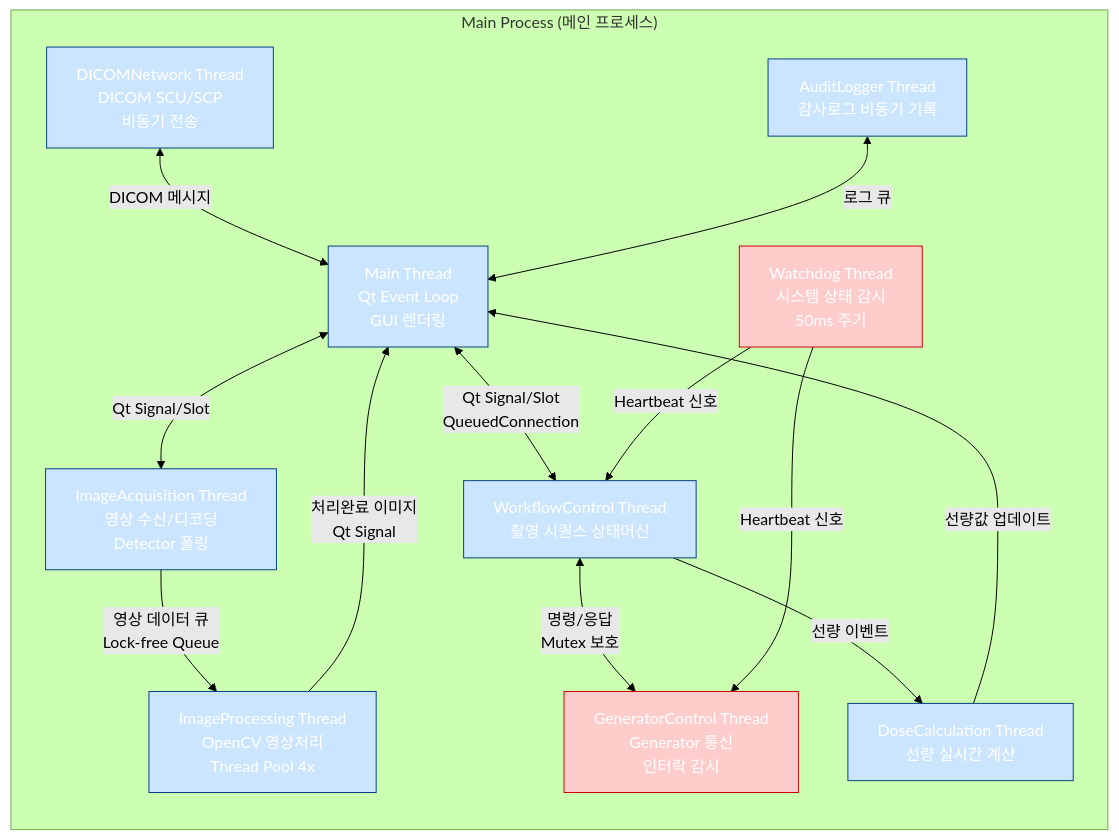
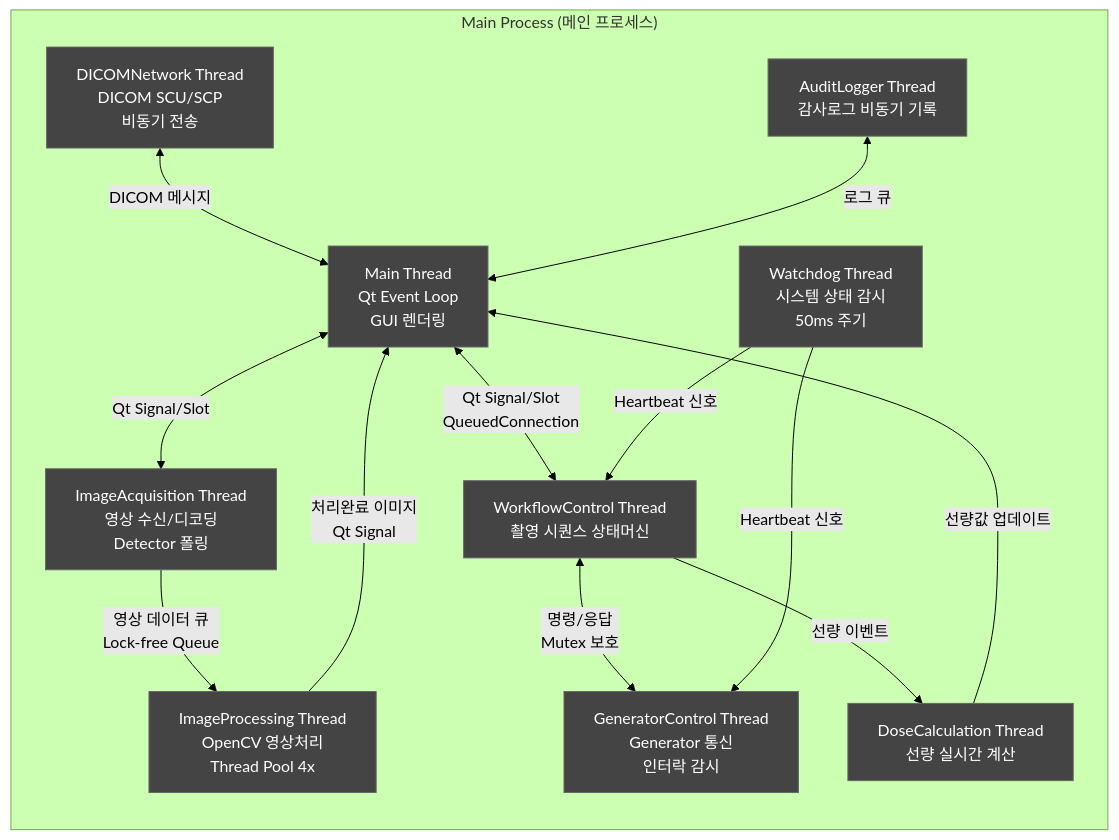
Before and after one commit to holee9/console-gui: the third of 14 diagrams in docs/planning/DOC-006_SAD_v1.0.md, drawn with Mermaid (forest theme). The commit also changed other lines of this file and 35 other files, not shown here.

First line of the commit message:
fix: 전체 Mermaid 차트 색상 진한 회색 통일

````diff
--- a/docs/planning/DOC-006_SAD_v1.0.md
+++ b/docs/planning/DOC-006_SAD_v1.0.md
@@ -224,31 +224,31 @@
 ```mermaid
 graph LR
     subgraph "Main Process (메인 프로세스)"
         MT[Main Thread<br/>Qt Event Loop<br/>GUI 렌더링]
         WT1[WorkflowControl Thread<br/>촬영 시퀀스 상태머신]
         WT2[ImageAcquisition Thread<br/>영상 수신/디코딩<br/>Detector 폴링]
         WT3[ImageProcessing Thread<br/>OpenCV 영상처리<br/>Thread Pool 4x]
         WT4[DICOMNetwork Thread<br/>DICOM SCU/SCP<br/>비동기 전송]
         WT5[GeneratorControl Thread<br/>Generator 통신<br/>인터락 감시]
         WT6[DoseCalculation Thread<br/>선량 실시간 계산]
         WT7[AuditLogger Thread<br/>감사로그 비동기 기록]
         WT8[Watchdog Thread<br/>시스템 상태 감시<br/>50ms 주기]
     end
 
     MT <-->|Qt Signal/Slot<br/>QueuedConnection| WT1
     MT <-->|Qt Signal/Slot| WT2
     WT2 -->|영상 데이터 큐<br/>Lock-free Queue| WT3
     WT3 -->|처리완료 이미지<br/>Qt Signal| MT
     WT1 <-->|명령/응답<br/>Mutex 보호| WT5
     WT1 -->|선량 이벤트| WT6
     WT6 -->|선량값 업데이트| MT
     WT4 <-->|DICOM 메시지| MT
     WT7 <-->|로그 큐| MT
     WT8 -->|Heartbeat 신호| WT1 & WT5
 
     classDef default fill:#444,stroke:#666,color:#fff
-    classDef safety fill:#ffcccc,stroke:#cc0000
-    classDef normal fill:#cce5ff,stroke:#004085
+    classDef safety fill:#444,stroke:#666
+    classDef normal fill:#444,stroke:#666
     class WT5,WT8 safety
     class MT,WT1,WT2,WT3,WT4,WT6,WT7 normal
 ```
````
